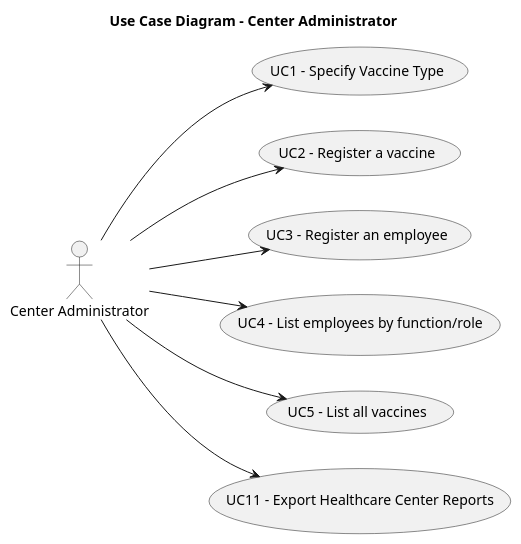
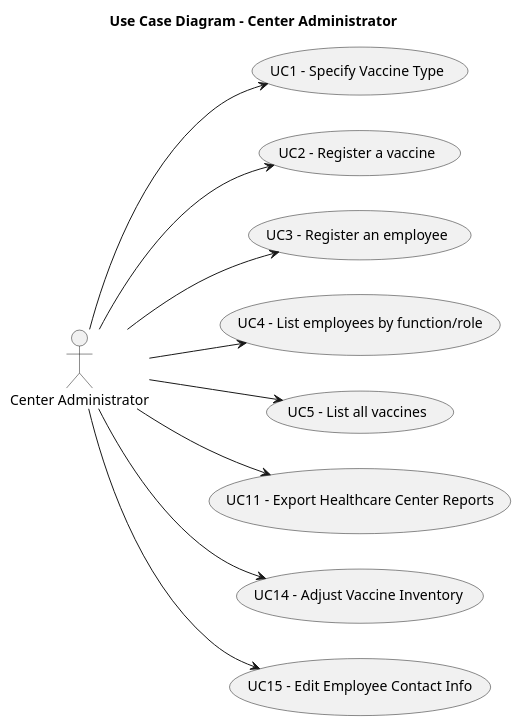
One commit to Andre-1240567/fsoft2026_1DD_1 changed the diagram in Documentation/global-artifacts/puml/UCD_Center_Administrator.puml. Above: the diagram before and after it, drawn with PlantUML. The commit also changed 46 other files, not shown here.

```diff
--- a/Documentation/global-artifacts/puml/UCD_Center_Administrator.puml
+++ b/Documentation/global-artifacts/puml/UCD_Center_Administrator.puml
@@ -1,22 +1,26 @@
 @startuml UCD_Administrator
 title Use Case Diagram - Center Administrator
 left to right direction
 
 actor "Center Administrator" as Admin
 
 
     usecase "UC1 - Specify Vaccine Type" as UC1
     usecase "UC2 - Register a vaccine" as UC2
     usecase "UC3 - Register an employee" as UC3
     usecase "UC4 - List employees by function/role" as UC4
     usecase "UC5 - List all vaccines" as UC5
     usecase "UC11 - Export Healthcare Center Reports" as UC11
+    usecase "UC14 - Adjust Vaccine Inventory" as UC14
+    usecase "UC15 - Edit Employee Contact Info" as UC15
 
 
 Admin --> UC1
 Admin --> UC2
 Admin --> UC3
 Admin --> UC4
 Admin --> UC5
 Admin --> UC11
+Admin --> UC14
+Admin --> UC15
 @enduml
```
